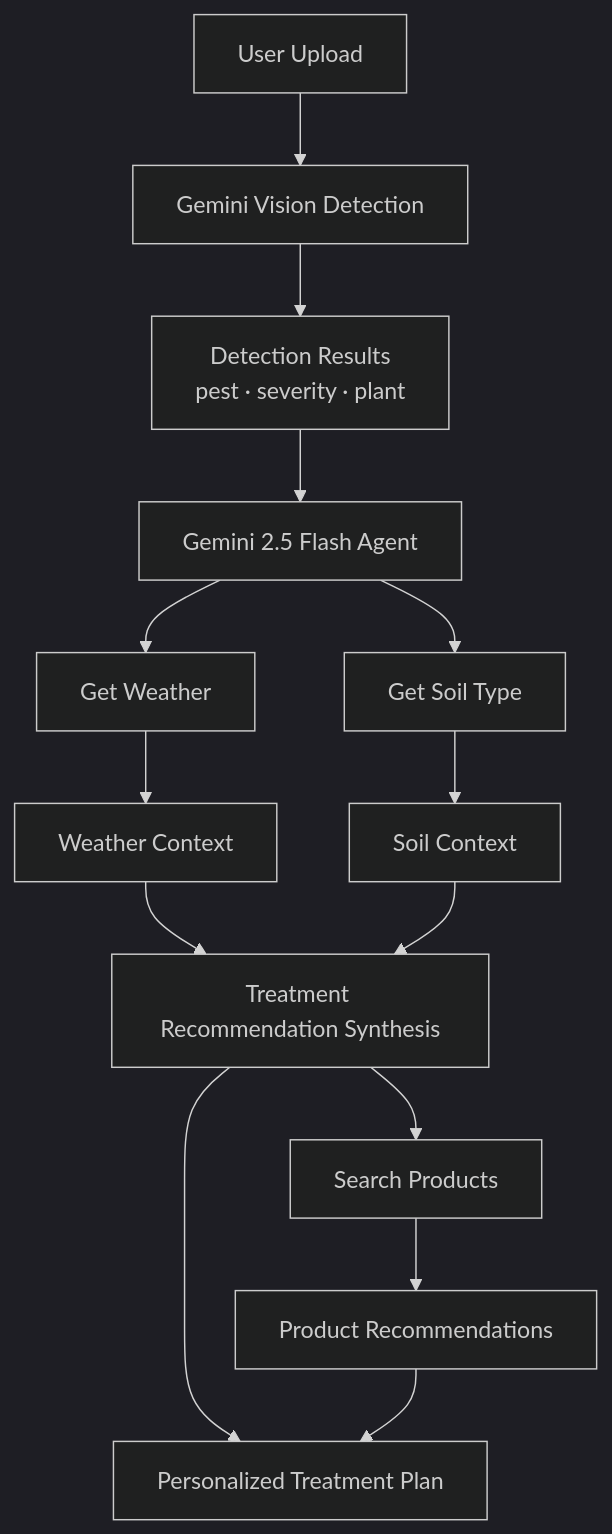
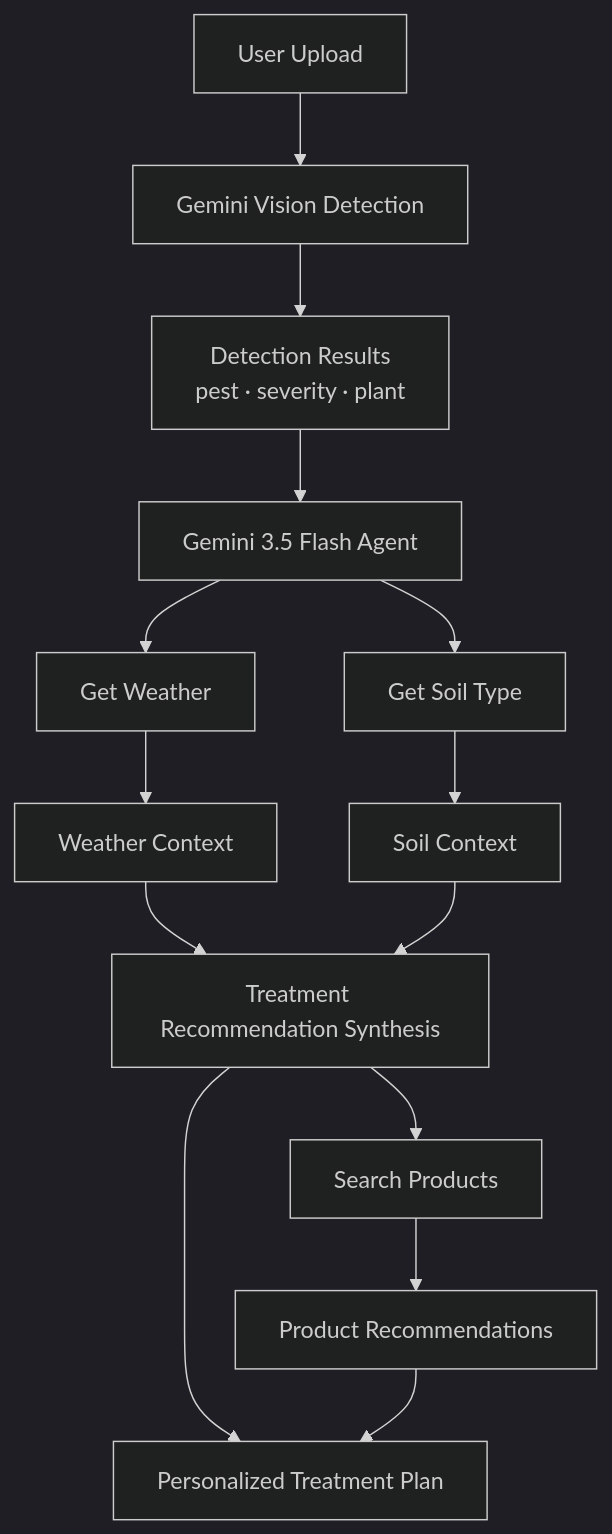
The diagram in README.md (mohitagr18/ch-9-plant-doctor), drawn with Mermaid (dark theme) before and after one commit. The commit also changed other lines of this file and 7 other files, not shown here.

````diff
--- a/README.md
+++ b/README.md
@@ -84,16 +84,16 @@
 ```mermaid
 flowchart TD
     A["User Upload"] --> B["Gemini Vision Detection"]
     B --> C["Detection Results<br/>pest · severity · plant"]
-    C --> D["Gemini 2.5 Flash Agent"]
+    C --> D["Gemini 3.5 Flash Agent"]
     D --> E["Get Weather"]
     D --> F["Get Soil Type"]
     E --> G["Weather Context"]
     F --> H["Soil Context"]
     G --> I["Treatment Recommendation Synthesis"]
     H --> I
     I --> J["Search Products"]
     J --> K["Product Recommendations"]
     I --> L["Personalized Treatment Plan"]
     K --> L
 ```
````
